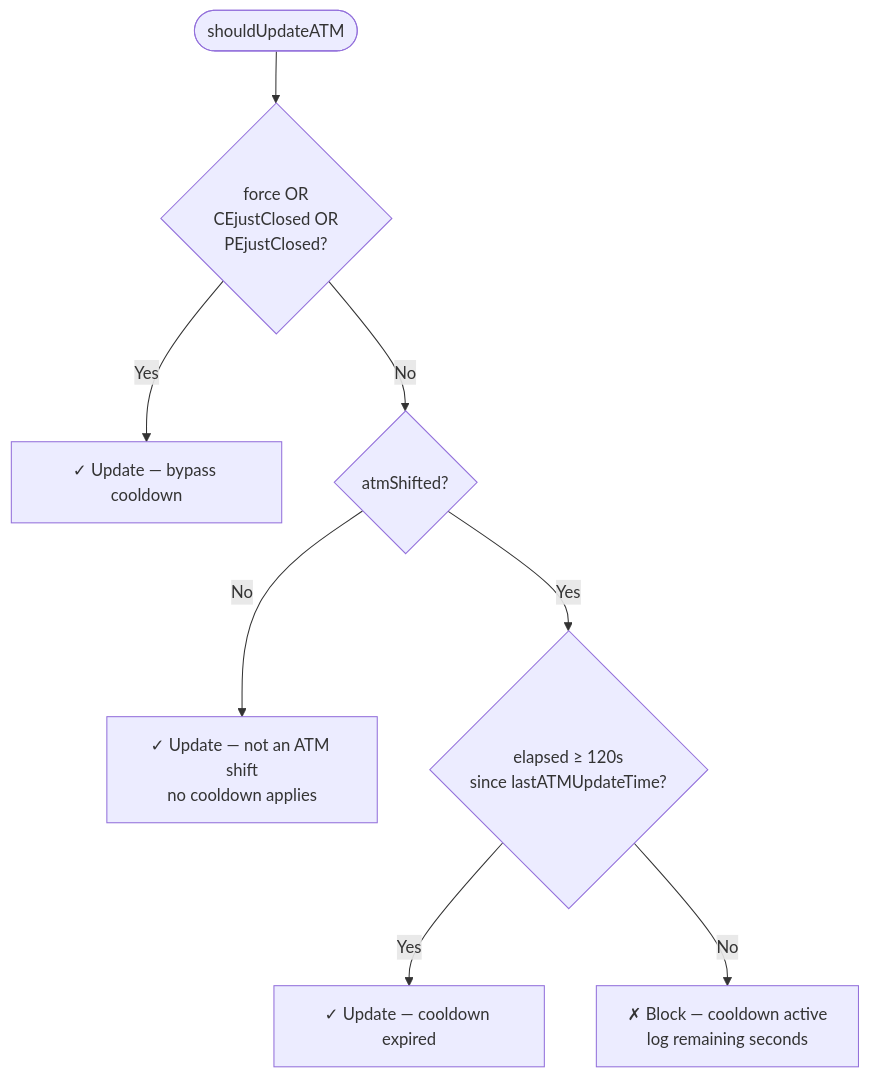
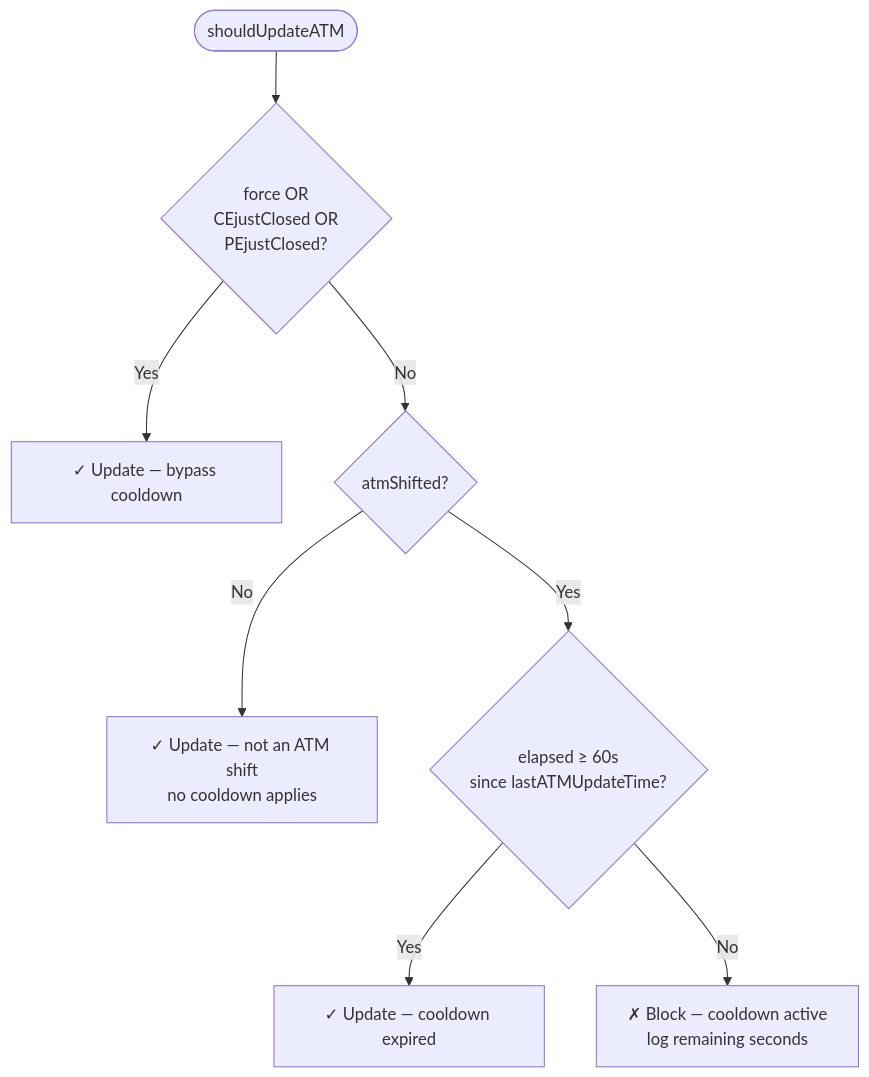
One commit to srinivasbe-07/tv-mcp changed the fifth of 6 diagrams in docs/supertrend-monitor.md. Above: the diagram before and after it, drawn with Mermaid. The commit also changed other lines of this file and 6 other files, not shown here.

````diff
--- a/docs/supertrend-monitor.md
+++ b/docs/supertrend-monitor.md
@@ -135,10 +135,10 @@
 ```mermaid
 flowchart TD
     A([shouldUpdateATM]) --> B{force OR\nCEjustClosed OR\nPEjustClosed?}
     B -->|Yes| C[✓ Update — bypass cooldown]
     B -->|No| D{atmShifted?}
     D -->|No| E[✓ Update — not an ATM shift\nno cooldown applies]
-    D -->|Yes| F{elapsed ≥ 120s\nsince lastATMUpdateTime?}
+    D -->|Yes| F{elapsed ≥ 60s\nsince lastATMUpdateTime?}
     F -->|Yes| G[✓ Update — cooldown expired]
     F -->|No| H[✗ Block — cooldown active\nlog remaining seconds]
 ```
````
